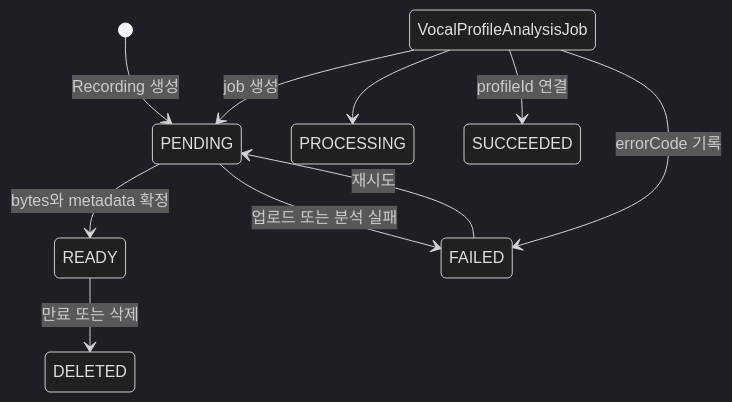
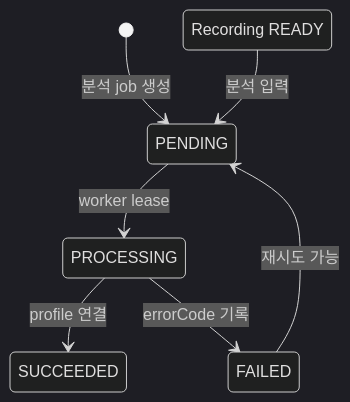
One commit to leey00nsu/copy-singer changed the second of 2 diagrams in openwiki/architecture/data-model.md. Above: the diagram before and after it, drawn with Mermaid (dark theme). The commit also changed other lines of this file and 40 other files, not shown here.

````diff
--- a/openwiki/architecture/data-model.md
+++ b/openwiki/architecture/data-model.md
@@ -81,13 +85,10 @@
 ```mermaid
 stateDiagram-v2
-    [*] --> PENDING: Recording 생성
-    PENDING --> READY: bytes와 metadata 확정
-    PENDING --> FAILED: 업로드 또는 분석 실패
-    READY --> DELETED: 만료 또는 삭제
-    FAILED --> PENDING: 재시도
-    VocalProfileAnalysis: VocalProfileAnalysisJob
-    VocalProfileAnalysis --> PENDING: job 생성
-    VocalProfileAnalysis --> PROCESSING
-    VocalProfileAnalysis --> SUCCEEDED: profileId 연결
-    VocalProfileAnalysis --> FAILED: errorCode 기록
+    [*] --> PENDING: 분석 job 생성
+    PENDING --> PROCESSING: worker lease
+    PROCESSING --> SUCCEEDED: profile 연결
+    PROCESSING --> FAILED: errorCode 기록
+    FAILED --> PENDING: 재시도 가능
+    RecordingReady: Recording READY
+    RecordingReady --> PENDING: 분석 입력
 ```
````
